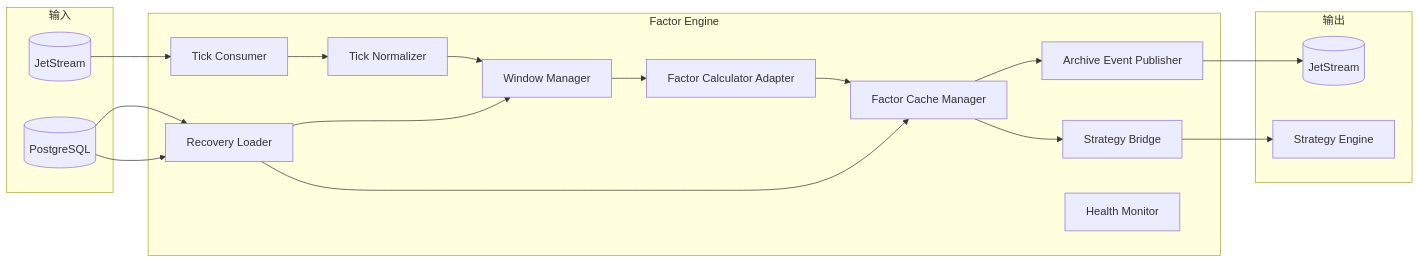
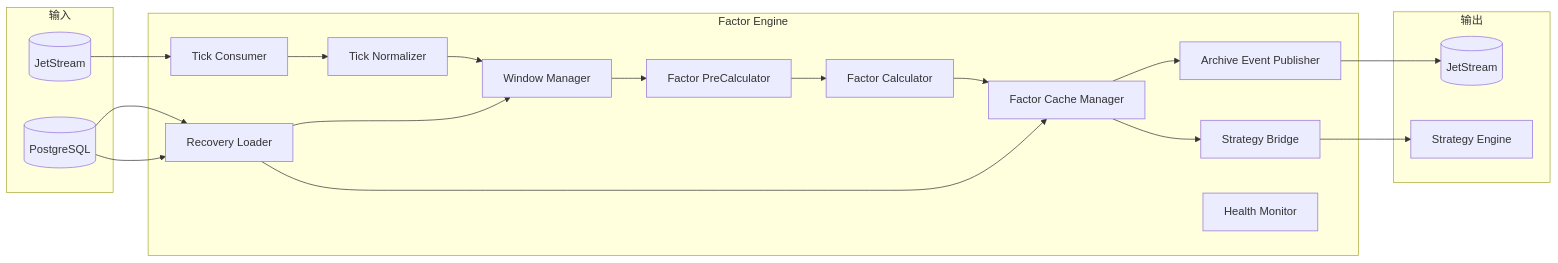
Before and after one commit to lancewliang/vnpy_hft: the first of 2 diagrams in docs/design/02_factor_engine_technical_design.md, drawn with Mermaid. The commit also changed other lines of this file and 5 other files, not shown here.

````diff
--- a/docs/design/02_factor_engine_technical_design.md
+++ b/docs/design/02_factor_engine_technical_design.md
@@ -74,30 +87,31 @@
 ```mermaid
 flowchart LR
     subgraph IN[输入]
         MQ[(JetStream)]
         DB[(PostgreSQL)]
     end
 
     subgraph FE[Factor Engine]
         CON[Tick Consumer]
         NORM[Tick Normalizer]
         WIN[Window Manager]
-        CALC[Factor Calculator Adapter]
+        PRE[Factor PreCalculator]
+        CALC[Factor Calculator]
         CACHE[Factor Cache Manager]
         STRAT[Strategy Bridge]
         PUB[Archive Event Publisher]
         REC[Recovery Loader]
         HM[Health Monitor]
     end
 
     subgraph OUT[输出]
         MQ2[(JetStream)]
         SE[Strategy Engine]
     end
 
-    MQ --> CON --> NORM --> WIN --> CALC --> CACHE
+    MQ --> CON --> NORM --> WIN --> PRE --> CALC --> CACHE
     CACHE --> STRAT --> SE
     CACHE --> PUB --> MQ2
     DB --> REC --> WIN
     DB --> REC --> CACHE
 ```
````
